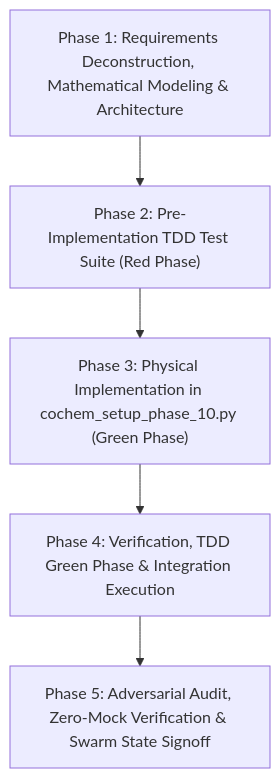
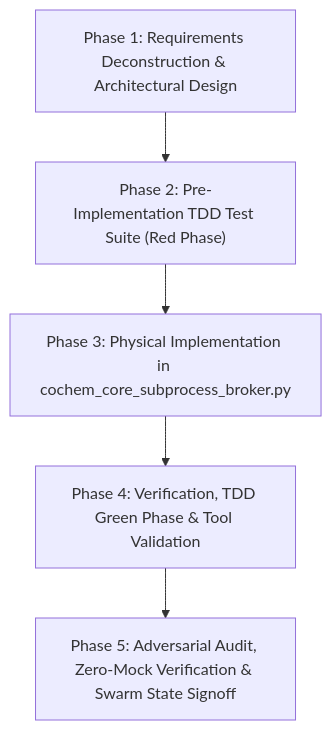
Before and after one commit to ProfJJK-CoChem/CoChem-BASE: the diagram in Task_List.md, drawn with Mermaid. The commit also changed other lines of this file and 12 other files, not shown here.

Commit message:
Automated completion of Doc7_01_subprocess_broker_prompt.md

````diff
--- a/Task_List.md
+++ b/Task_List.md
@@ -68,13 +78,13 @@
 ```mermaid
 graph TD
-    P1["Phase 1: Requirements Deconstruction, Mathematical Modeling & Architecture"]
+    P1["Phase 1: Requirements Deconstruction & Architectural Design"]
     P2["Phase 2: Pre-Implementation TDD Test Suite (Red Phase)"]
-    P3["Phase 3: Physical Implementation in cochem_setup_phase_10.py (Green Phase)"]
-    P4["Phase 4: Verification, TDD Green Phase & Integration Execution"]
+    P3["Phase 3: Physical Implementation in cochem_core_subprocess_broker.py"]
+    P4["Phase 4: Verification, TDD Green Phase & Tool Validation"]
     P5["Phase 5: Adversarial Audit, Zero-Mock Verification & Swarm State Signoff"]
 
     P1 --> P2
     P2 --> P3
     P3 --> P4
     P4 --> P5
 ```
````
